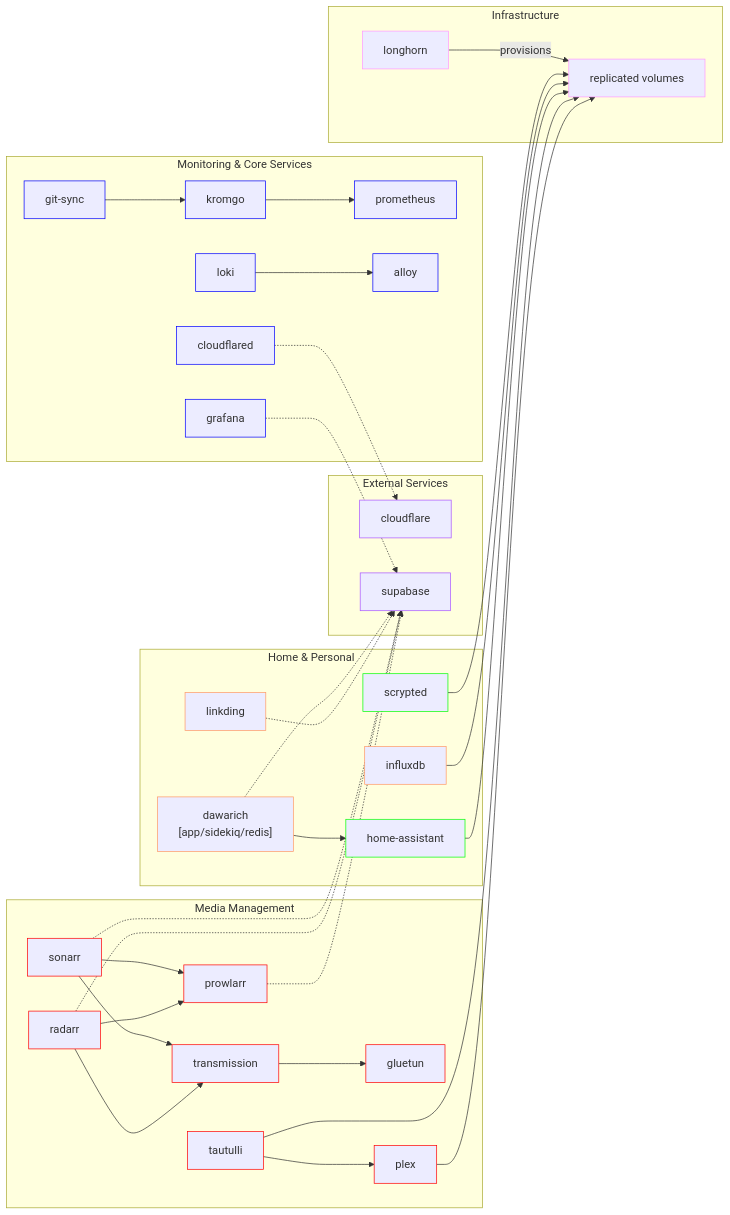
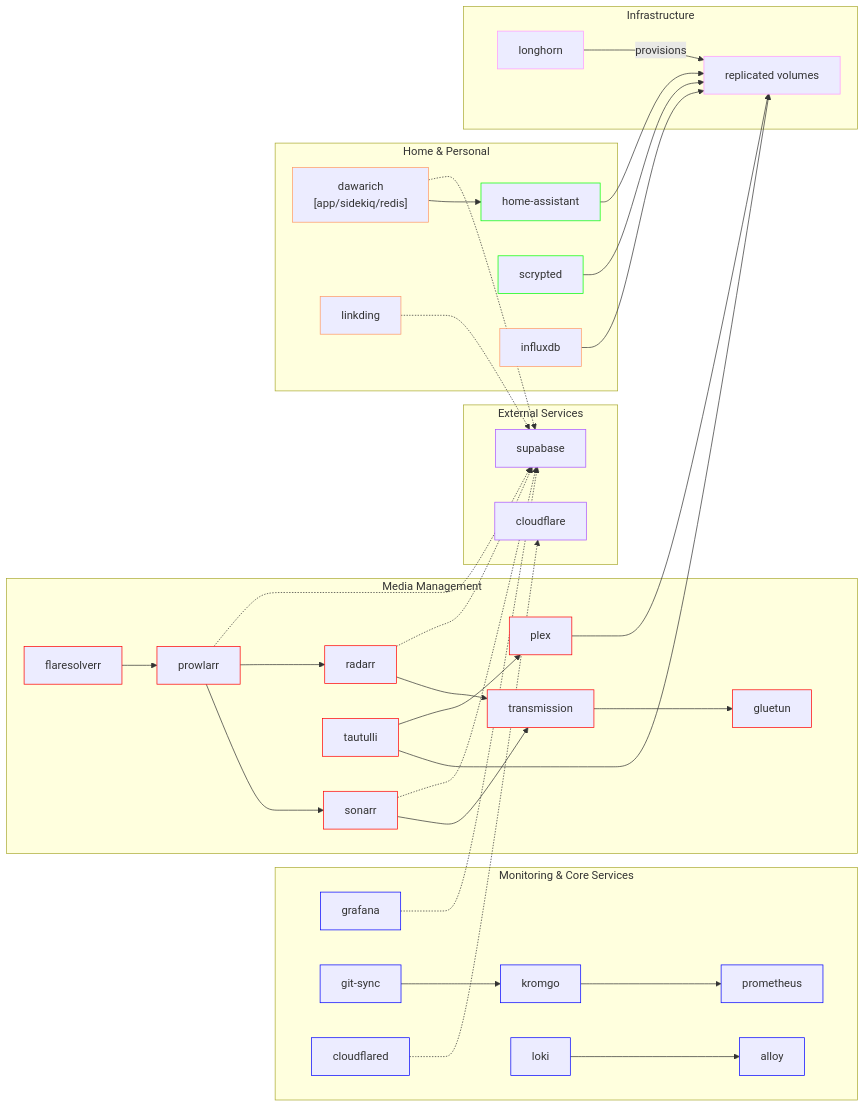
The first of 5 diagrams in README.md (jaredfiorali/infrastructure), drawn with Mermaid before and after one commit.

Commit message:
Add flaresolverr to README graph

```diff
--- a/README.md
+++ b/README.md
@@ -136,6 +136,7 @@
         C[radarr]:::red
         D[sonarr]:::red
         B[prowlarr]:::red
+        P[flaresolverr]:::red
         F[transmission]:::red
         G[gluetun]:::red
         A[plex]:::red
@@ -170,9 +171,10 @@
     O --> K
 
     %% Media management flow
-    C --> B
+    P --> B
+    B --> C
     C --> F
-    D --> B
+    B --> D
     D --> F
     F --> G
     E --> A
```
